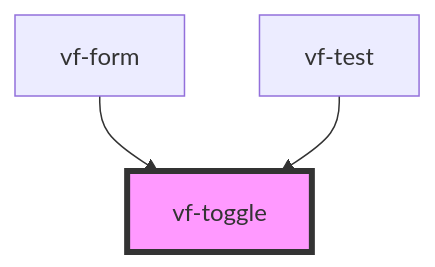
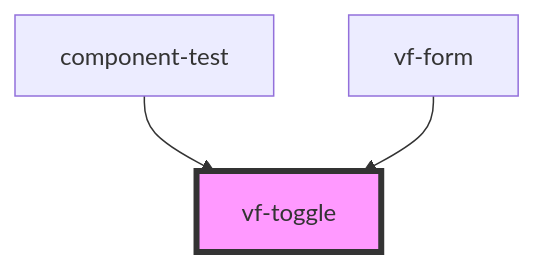
One commit to ols87/formable changed the diagram in src/components/toggle/readme.md. Above: the diagram before and after it, drawn with Mermaid. The commit also changed other lines of this file and 28 other files, not shown here.

````diff
--- a/src/components/toggle/readme.md
+++ b/src/components/toggle/readme.md
@@ -30,6 +30,6 @@
 ```mermaid
 graph TD;
+  component-test --> vf-toggle
   vf-form --> vf-toggle
-  vf-test --> vf-toggle
   style vf-toggle fill:#f9f,stroke:#333,stroke-width:4px
 ```
````
